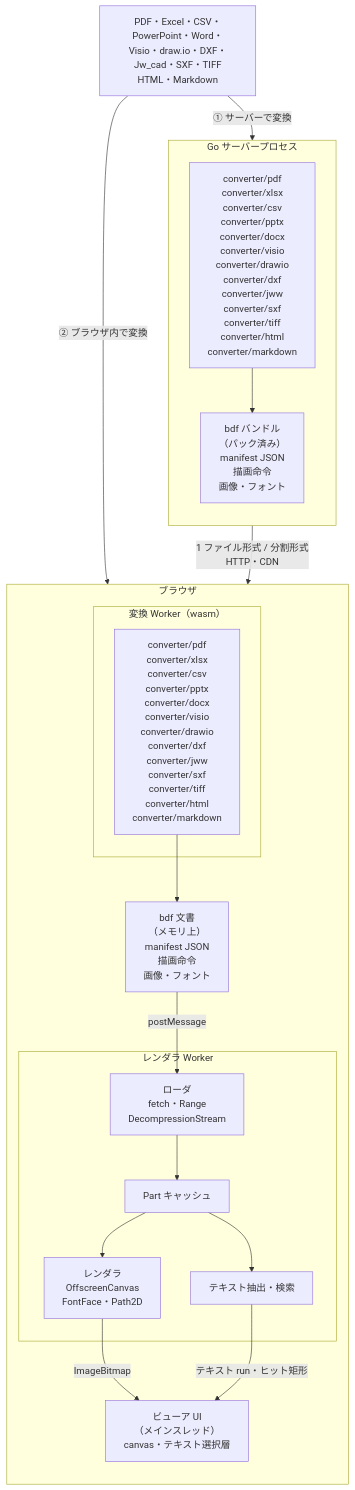
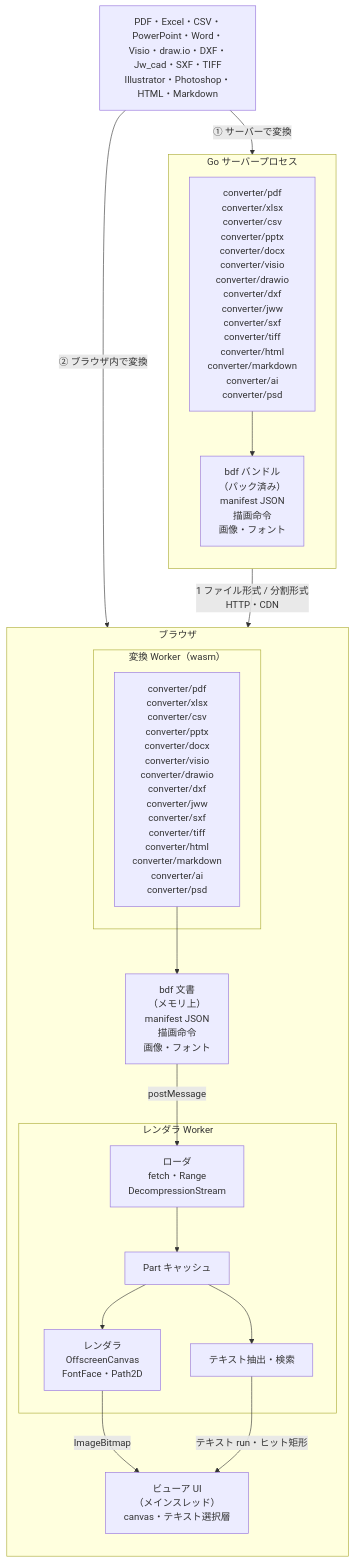
Before and after one commit to shibukawa/bdf: the diagram in README.ja.md, drawn with Mermaid. The commit also changed other lines of this file and 62 other files, not shown here.

````diff
--- a/README.ja.md
+++ b/README.ja.md
@@ -20,37 +20,37 @@
 ```mermaid
 flowchart TB
-    SRC["PDF・Excel・CSV・PowerPoint・Word・Visio・draw.io・DXF・Jw_cad・SXF・TIFF<br/>HTML・Markdown"]
+    SRC["PDF・Excel・CSV・PowerPoint・Word・Visio・draw.io・DXF・Jw_cad・SXF・TIFF<br/>Illustrator・Photoshop・HTML・Markdown"]
 
     subgraph SERVER["Go サーバープロセス"]
         direction TB
-        SCONV["converter/pdf<br/>converter/xlsx<br/>converter/csv<br/>converter/pptx<br/>converter/docx<br/>converter/visio<br/>converter/drawio<br/>converter/dxf<br/>converter/jww<br/>converter/sxf<br/>converter/tiff<br/>converter/html<br/>converter/markdown"]
+        SCONV["converter/pdf<br/>converter/xlsx<br/>converter/csv<br/>converter/pptx<br/>converter/docx<br/>converter/visio<br/>converter/drawio<br/>converter/dxf<br/>converter/jww<br/>converter/sxf<br/>converter/tiff<br/>converter/html<br/>converter/markdown<br/>converter/ai<br/>converter/psd"]
         BUNDLE["bdf バンドル<br/>（パック済み）<br/>manifest JSON<br/>描画命令<br/>画像・フォント"]
         SCONV --> BUNDLE
     end
 
     subgraph BROWSER["ブラウザ"]
         direction TB
         subgraph CWORKER["変換 Worker（wasm）"]
-            WCONV["converter/pdf<br/>converter/xlsx<br/>converter/csv<br/>converter/pptx<br/>converter/docx<br/>converter/visio<br/>converter/drawio<br/>converter/dxf<br/>converter/jww<br/>converter/sxf<br/>converter/tiff<br/>converter/html<br/>converter/markdown"]
+            WCONV["converter/pdf<br/>converter/xlsx<br/>converter/csv<br/>converter/pptx<br/>converter/docx<br/>converter/visio<br/>converter/drawio<br/>converter/dxf<br/>converter/jww<br/>converter/sxf<br/>converter/tiff<br/>converter/html<br/>converter/markdown<br/>converter/ai<br/>converter/psd"]
         end
         PARTS["bdf 文書<br/>（メモリ上）<br/>manifest JSON<br/>描画命令<br/>画像・フォント"]
         subgraph RWORKER["レンダラ Worker"]
             LOADER["ローダ<br/>fetch・Range<br/>DecompressionStream"]
             STORE["Part キャッシュ"]
             RENDER["レンダラ<br/>OffscreenCanvas<br/>FontFace・Path2D"]
             TEXT["テキスト抽出・検索"]
             LOADER --> STORE
             STORE --> RENDER
             STORE --> TEXT
         end
         UI["ビューア UI<br/>（メインスレッド）<br/>canvas・テキスト選択層"]
         WCONV --> PARTS
     end
 
     SRC -- "① サーバーで変換" --> SCONV
     SRC -- "② ブラウザ内で変換" --> WCONV
     BUNDLE -- "1 ファイル形式 / 分割形式<br/>HTTP・CDN" --> LOADER
     PARTS -- "postMessage" --> LOADER
     RENDER -- "ImageBitmap" --> UI
     TEXT -- "テキスト run・ヒット矩形" --> UI
 ```
````
